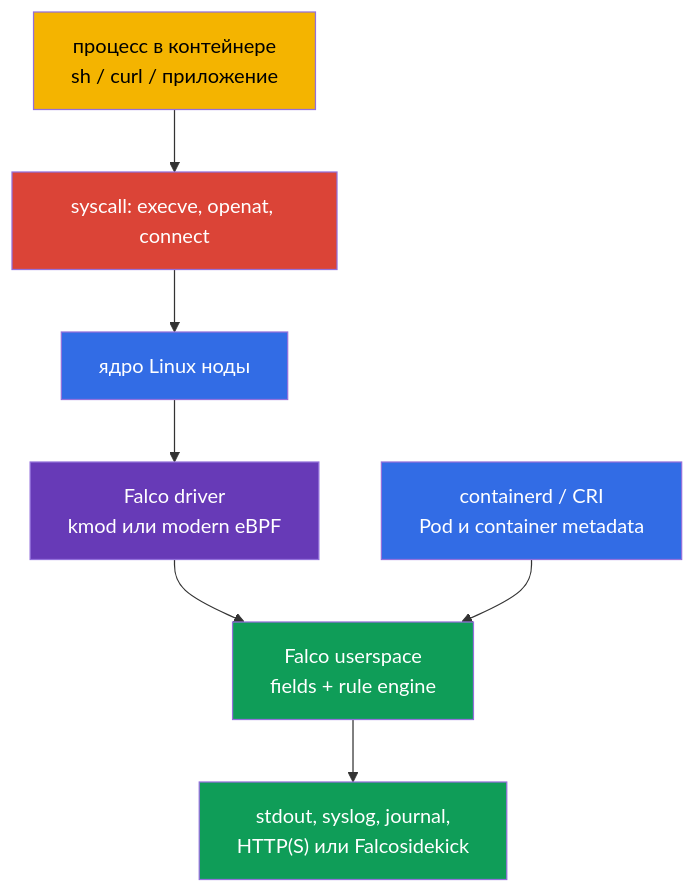
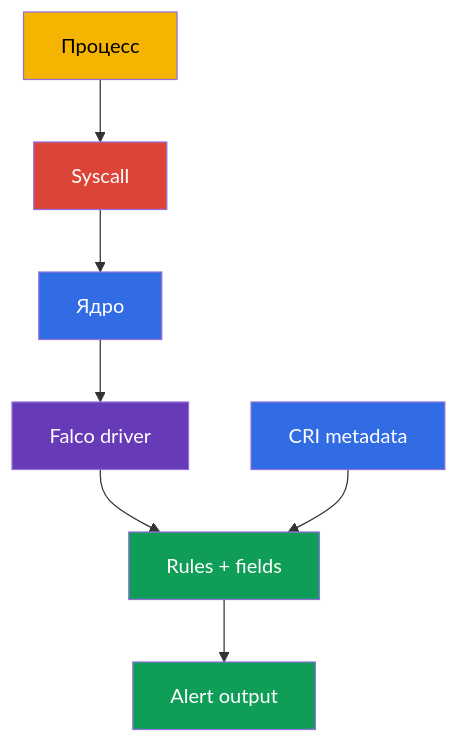
One commit to ViktorUJ/cks changed the second of 3 diagrams in tasks/cks/course/29/ru.md. Above: the diagram before and after it, drawn with Mermaid. The commit also changed other lines of this file and 19 other files, not shown here.

````diff
--- a/tasks/cks/course/29/ru.md
+++ b/tasks/cks/course/29/ru.md
@@ -85,16 +85,16 @@
 ```mermaid
 flowchart TB
-    app["процесс в контейнере<br/>sh / curl / приложение"] --> syscall["syscall: execve, openat, connect"]
-    syscall --> kernel["ядро Linux ноды"]
-    kernel --> driver["Falco driver<br/>kmod или modern eBPF"]
-    driver --> userspace["Falco userspace<br/>fields + rule engine"]
-    runtime["containerd / CRI<br/>Pod и container metadata"] --> userspace
-    userspace --> output["stdout, syslog, journal,<br/>HTTP(S) или Falcosidekick"]
+    app["Процесс"] --> syscall["Syscall"]
+    syscall --> kernel["Ядро"]
+    kernel --> driver["Falco driver"]
+    driver --> userspace["Rules + fields"]
+    runtime["CRI metadata"] --> userspace
+    userspace --> output["Alert output"]
     style app fill:#f4b400,color:#000
     style syscall fill:#db4437,color:#fff
     style kernel fill:#326ce5,color:#fff
     style driver fill:#673ab7,color:#fff
     style userspace fill:#0f9d58,color:#fff
     style runtime fill:#326ce5,color:#fff
     style output fill:#0f9d58,color:#fff
 ```
````
